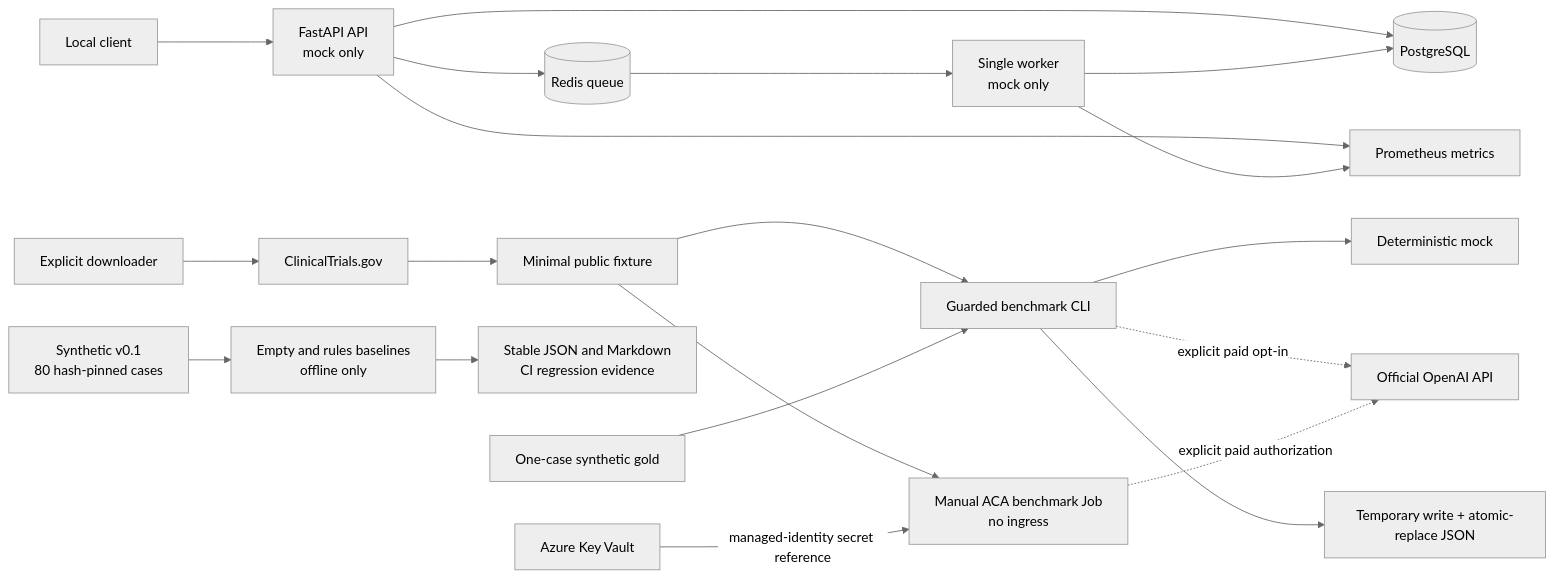
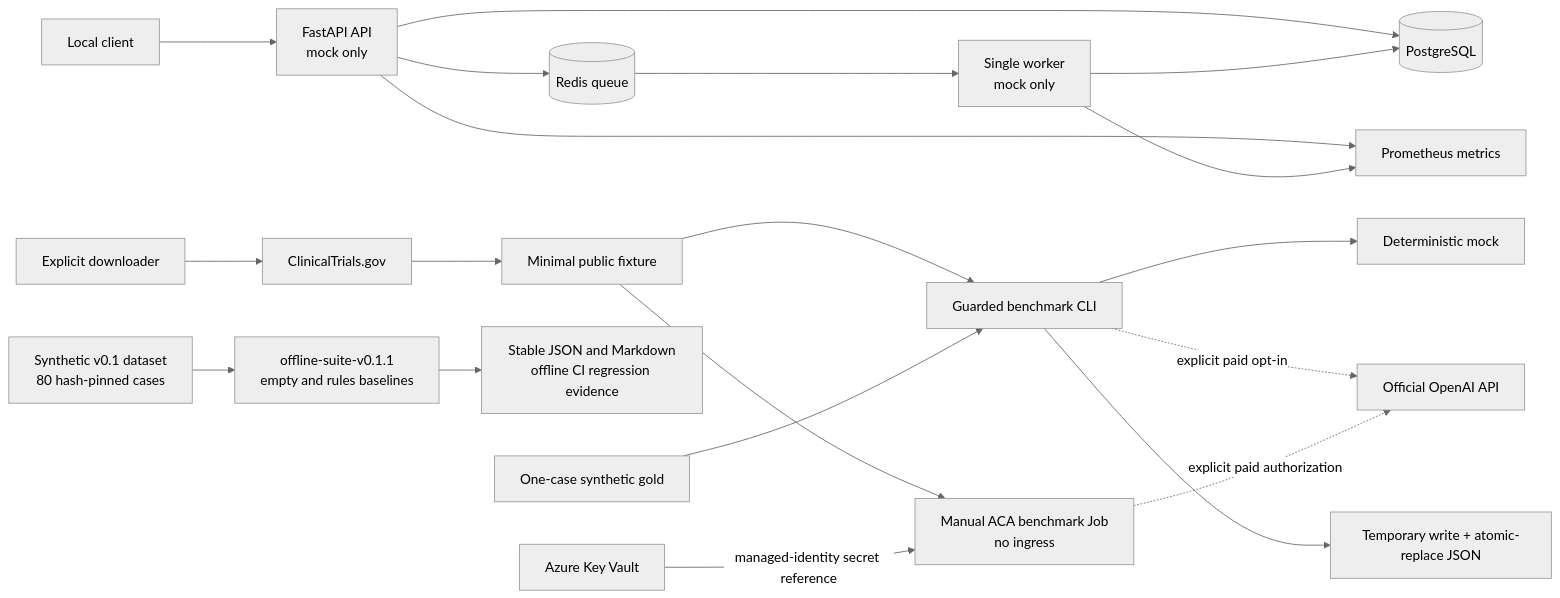
The diagram in README.md (NevoLevi/CriteriaBench), drawn with Mermaid (neutral theme) before and after one commit. The commit also changed other lines of this file and 29 other files, not shown here.

````diff
--- a/README.md
+++ b/README.md
@@ -27,24 +27,24 @@
 ```mermaid
 flowchart LR
     U["Local client"] --> A["FastAPI API<br/>mock only"]
     A --> P[("PostgreSQL")]
     A --> R[("Redis queue")]
     R --> W["Single worker<br/>mock only"]
     W --> P
     A --> M["Prometheus metrics"]
     W --> M
 
     D["Explicit downloader"] --> C["ClinicalTrials.gov"]
     C --> F["Minimal public fixture"]
     F --> B["Guarded benchmark CLI"]
     G["One-case synthetic gold"] --> B
     B --> X["Deterministic mock"]
     B -. "explicit paid opt-in" .-> O["Official OpenAI API"]
     B --> J["Temporary write + atomic-replace JSON"]
     F --> ACA["Manual ACA benchmark Job<br/>no ingress"]
     KV["Azure Key Vault"] -->|"managed-identity secret reference"| ACA
     ACA -. "explicit paid authorization" .-> O
 
-    S["Synthetic v0.1<br/>80 hash-pinned cases"] --> OB["Empty and rules baselines<br/>offline only"]
-    OB --> SR["Stable JSON and Markdown<br/>CI regression evidence"]
+    S["Synthetic v0.1 dataset<br/>80 hash-pinned cases"] --> OB["offline-suite-v0.1.1<br/>empty and rules baselines"]
+    OB --> SR["Stable JSON and Markdown<br/>offline CI regression evidence"]
 ```
````
